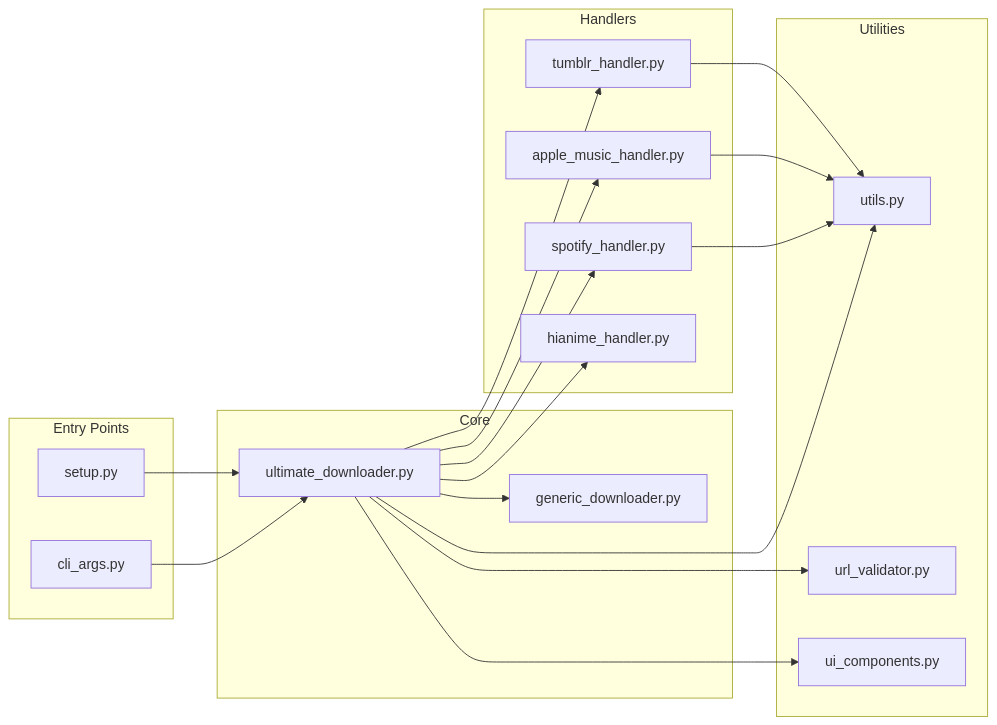
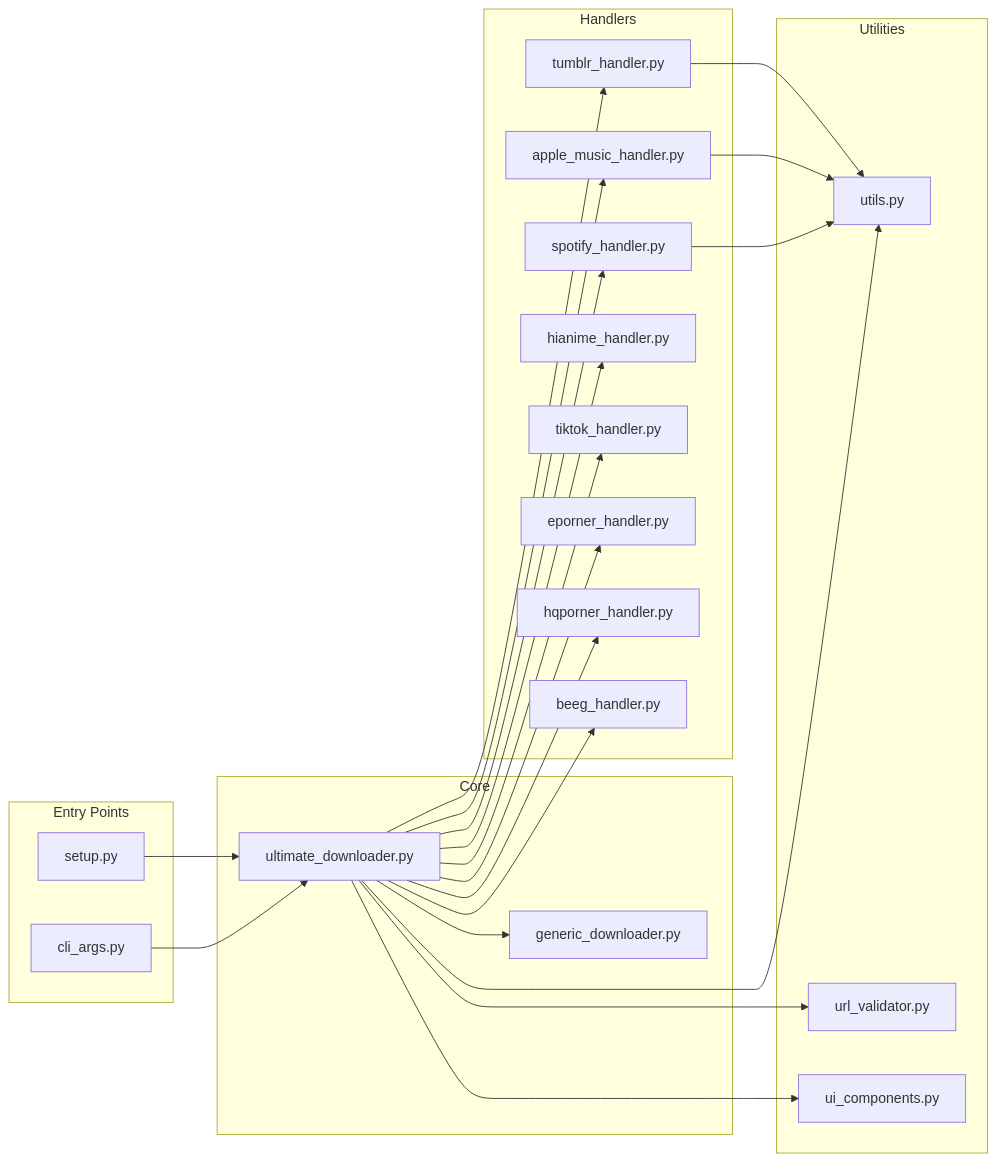
Before and after one commit to NK2552003/ULTIMATE-MEDIA-DOWNLOADER: the second of 2 diagrams in documentations/FILE_STRUCTURE.md, drawn with Mermaid. The commit also changed other lines of this file and 6 other files, not shown here.

````diff
--- a/documentations/FILE_STRUCTURE.md
+++ b/documentations/FILE_STRUCTURE.md
@@ -332,39 +340,47 @@
 ```mermaid
 graph LR
     subgraph "Entry Points"
         CLI[cli_args.py]
         SETUP[setup.py]
     end
 
     subgraph "Core"
         MAIN[ultimate_downloader.py]
         GENERIC[generic_downloader.py]
     end
 
     subgraph "Handlers"
         SPOTIFY[spotify_handler.py]
         APPLE[apple_music_handler.py]
         TUMBLR[tumblr_handler.py]
         HIANIME[hianime_handler.py]
+        TIKTOK[tiktok_handler.py]
+        EPORNER[eporner_handler.py]
+        HQPORNER[hqporner_handler.py]
+        BEEG[beeg_handler.py]
     end
 
     subgraph "Utilities"
         UTILS[utils.py]
         URL_VAL[url_validator.py]
         UI_COMP[ui_components.py]
     end
 
     CLI --> MAIN
     SETUP --> MAIN
     MAIN --> GENERIC
     MAIN --> SPOTIFY
     MAIN --> APPLE
     MAIN --> TUMBLR
     MAIN --> HIANIME
+    MAIN --> TIKTOK
+    MAIN --> EPORNER
+    MAIN --> HQPORNER
+    MAIN --> BEEG
     MAIN --> UTILS
     MAIN --> URL_VAL
     MAIN --> UI_COMP
     SPOTIFY --> UTILS
     APPLE --> UTILS
     TUMBLR --> UTILS
 ```
````
